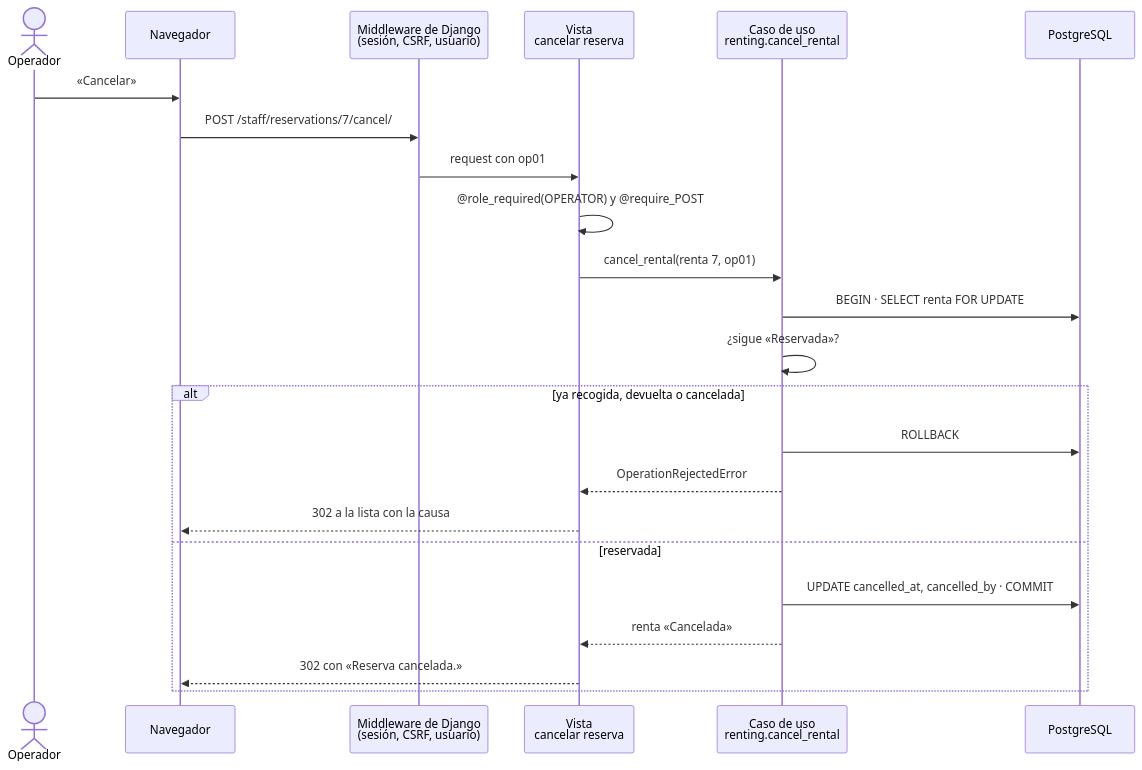
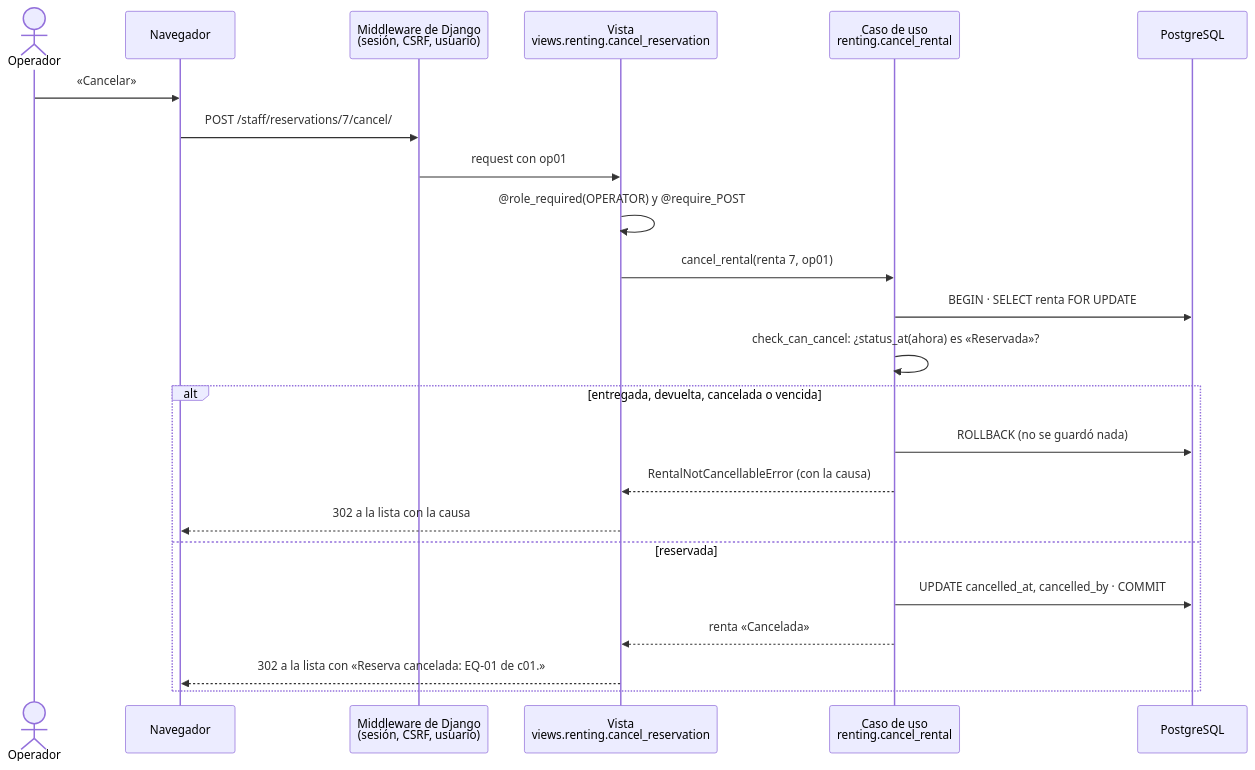
The sixth of 6 diagrams in docs/secuencias.md (peterteranb/astra-rent-system), drawn with Mermaid before and after one commit. The commit also changed other lines of this file and 1 other file, not shown here.

First line of the commit message:
docs: keep the renting diagrams in secuencias.md (#52)

````diff
--- a/docs/secuencias.md
+++ b/docs/secuencias.md
@@ -267,26 +269,26 @@
 ```mermaid
 sequenceDiagram
     actor O as Operador
     participant N as Navegador
     participant MW as Middleware de Django<br/>(sesión, CSRF, usuario)
-    participant V as Vista<br/>cancelar reserva
+    participant V as Vista<br/>views.renting.cancel_reservation
     participant U as Caso de uso<br/>renting.cancel_rental
     participant DB as PostgreSQL
 
     O->>N: «Cancelar»
     N->>MW: POST /staff/reservations/7/cancel/
     MW->>V: request con op01
     V->>V: @role_required(OPERATOR) y @require_POST
     V->>U: cancel_rental(renta 7, op01)
     U->>DB: BEGIN · SELECT renta FOR UPDATE
-    U->>U: ¿sigue «Reservada»?
-    alt ya recogida, devuelta o cancelada
-        U->>DB: ROLLBACK
-        U-->>V: OperationRejectedError
+    U->>U: check_can_cancel: ¿status_at(ahora) es «Reservada»?
+    alt entregada, devuelta, cancelada o vencida
+        U->>DB: ROLLBACK (no se guardó nada)
+        U-->>V: RentalNotCancellableError (con la causa)
         V-->>N: 302 a la lista con la causa
     else reservada
         U->>DB: UPDATE cancelled_at, cancelled_by · COMMIT
         U-->>V: renta «Cancelada»
-        V-->>N: 302 con «Reserva cancelada.»
+        V-->>N: 302 a la lista con «Reserva cancelada: EQ-01 de c01.»
     end
 ```
````
